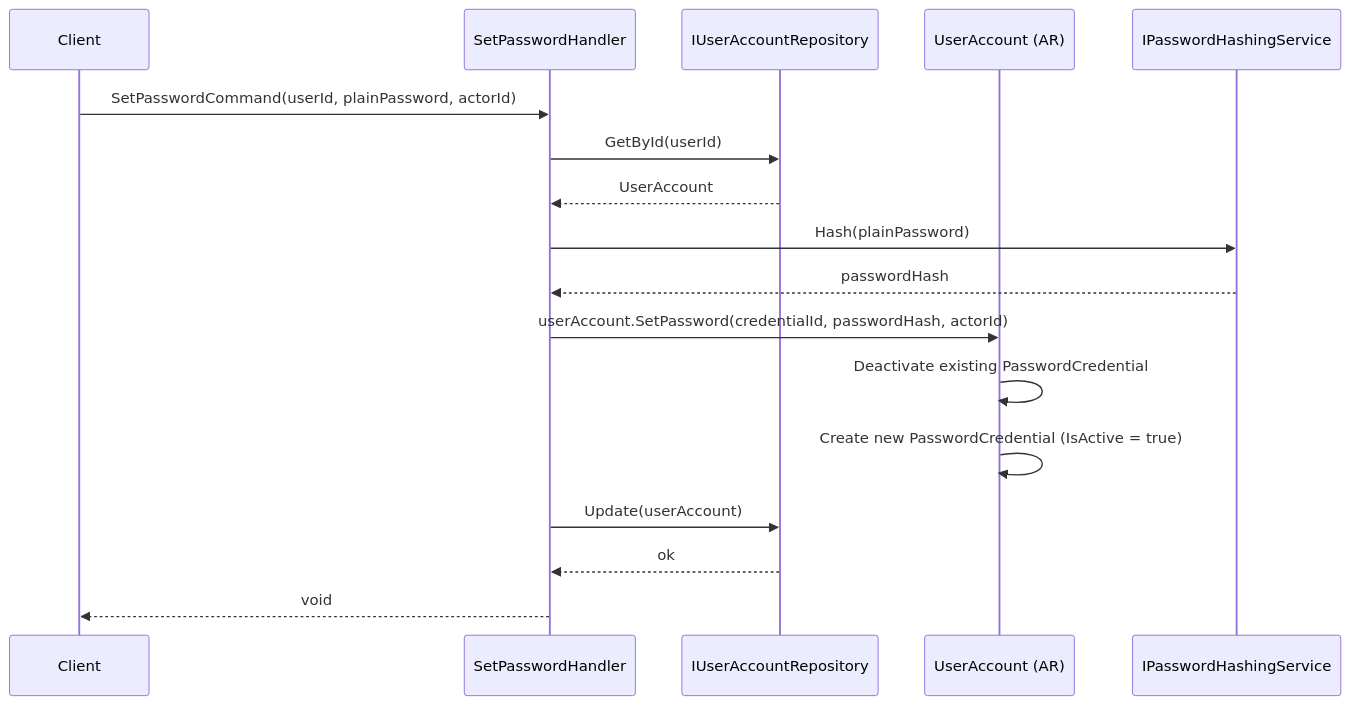
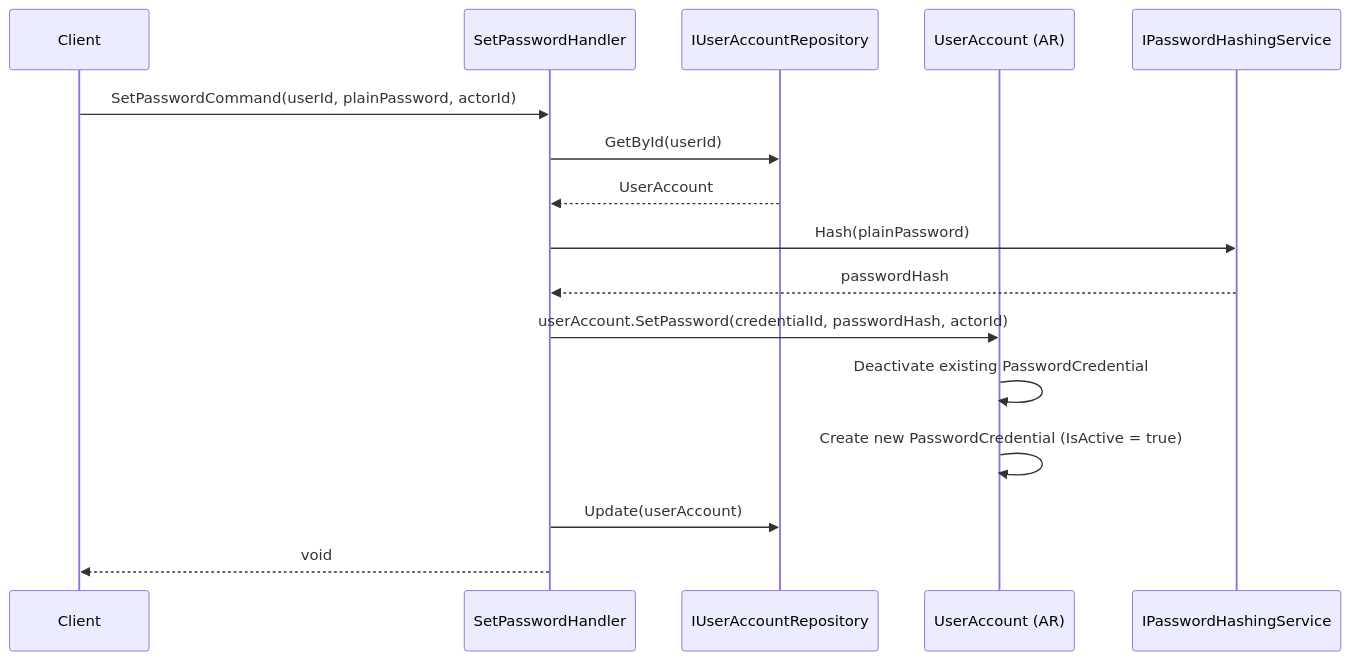
One commit to beyondnetcode/ums changed the second of 5 diagrams in docs/domain/identity/user-account.md. Above: the diagram before and after it, drawn with Mermaid. The commit also changed other lines of this file and 19 other files, not shown here.

````diff
--- a/docs/domain/identity/user-account.md
+++ b/docs/domain/identity/user-account.md
@@ -148,20 +153,19 @@
 ```mermaid
 sequenceDiagram
     participant C as Client
     participant H as SetPasswordHandler
     participant R as IUserAccountRepository
     participant U as UserAccount (AR)
     participant P as IPasswordHashingService
 
     C->>H: SetPasswordCommand(userId, plainPassword, actorId)
     H->>R: GetById(userId)
     R-->>H: UserAccount
     H->>P: Hash(plainPassword)
     P-->>H: passwordHash
     H->>U: userAccount.SetPassword(credentialId, passwordHash, actorId)
     U->>U: Deactivate existing PasswordCredential
     U->>U: Create new PasswordCredential (IsActive = true)
     H->>R: Update(userAccount)
-    R-->>H: ok
     H-->>C: void
 ```
````
